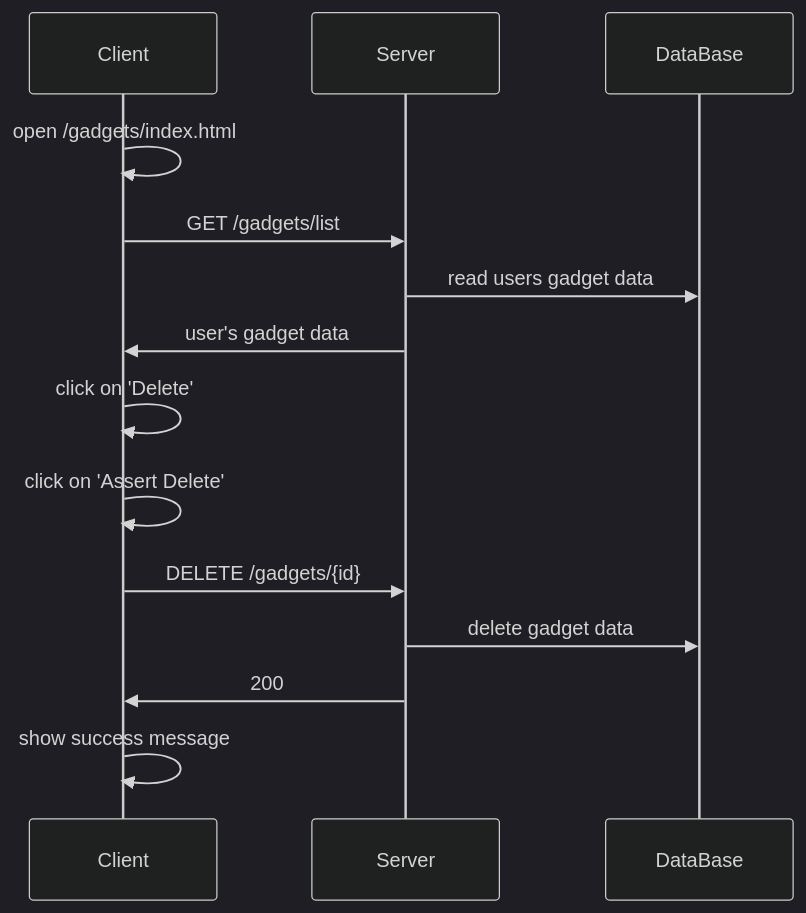
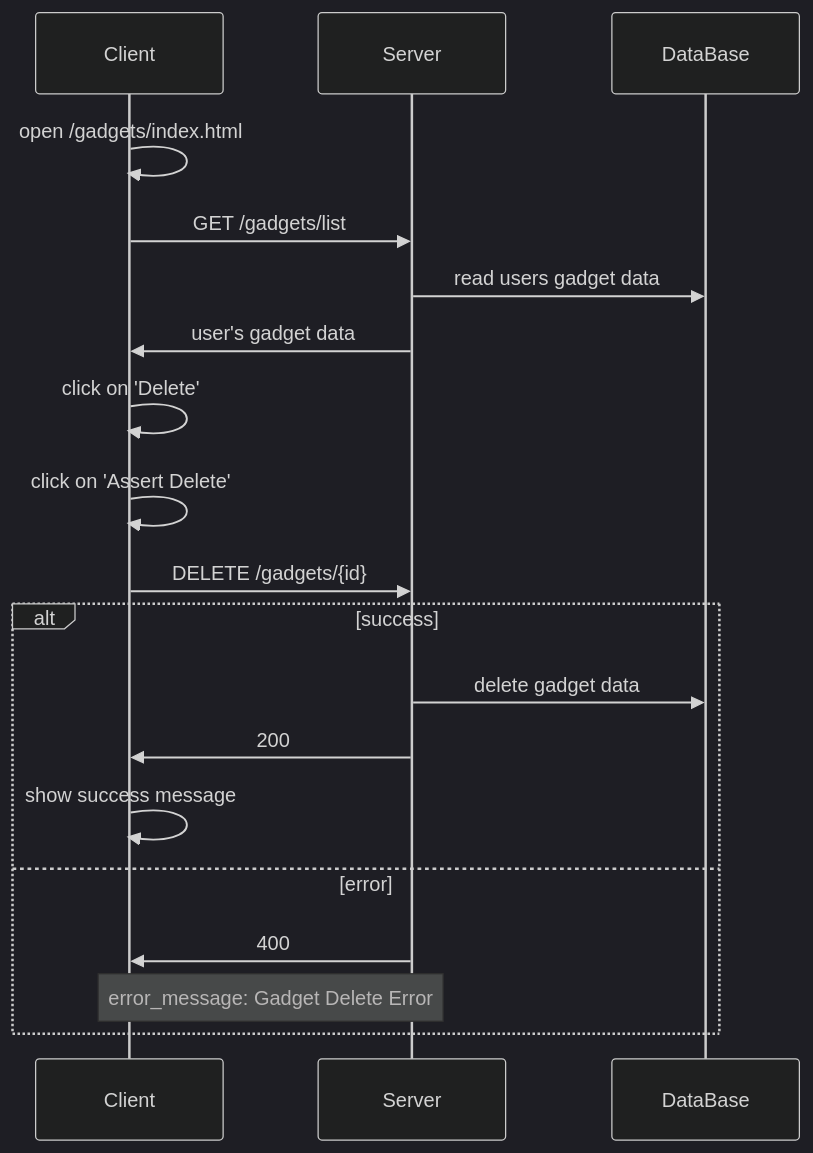
The third of 3 diagrams in docs/gadget_sequence.md (lynxlevin/gadget_collection), drawn with Mermaid (dark theme) before and after one commit. The commit also changed other lines of this file, not shown here.

Commit message:
error sequence

````diff
--- a/docs/gadget_sequence.md
+++ b/docs/gadget_sequence.md
@@ -49,16 +59,21 @@
 ```mermaid
 sequenceDiagram
     participant c as Client
     participant s as Server
     participant d as DataBase
     c->>c: open /gadgets/index.html
     c->>s: GET /gadgets/list
     s->>d: read users gadget data
     s->>c: user's gadget data
     c->>c: click on 'Delete'
     c->>c: click on 'Assert Delete'
     c->>s: DELETE /gadgets/{id}
-    s->>d: delete gadget data
-    s->>c: 200
-    c->>c: show success message
+    alt success
+        s->>d: delete gadget data
+        s->>c: 200
+        c->>c: show success message
+    else error
+        s->>c:400
+        Note over c, s: error_message: Gadget Delete Error
+    end
 ```
````
